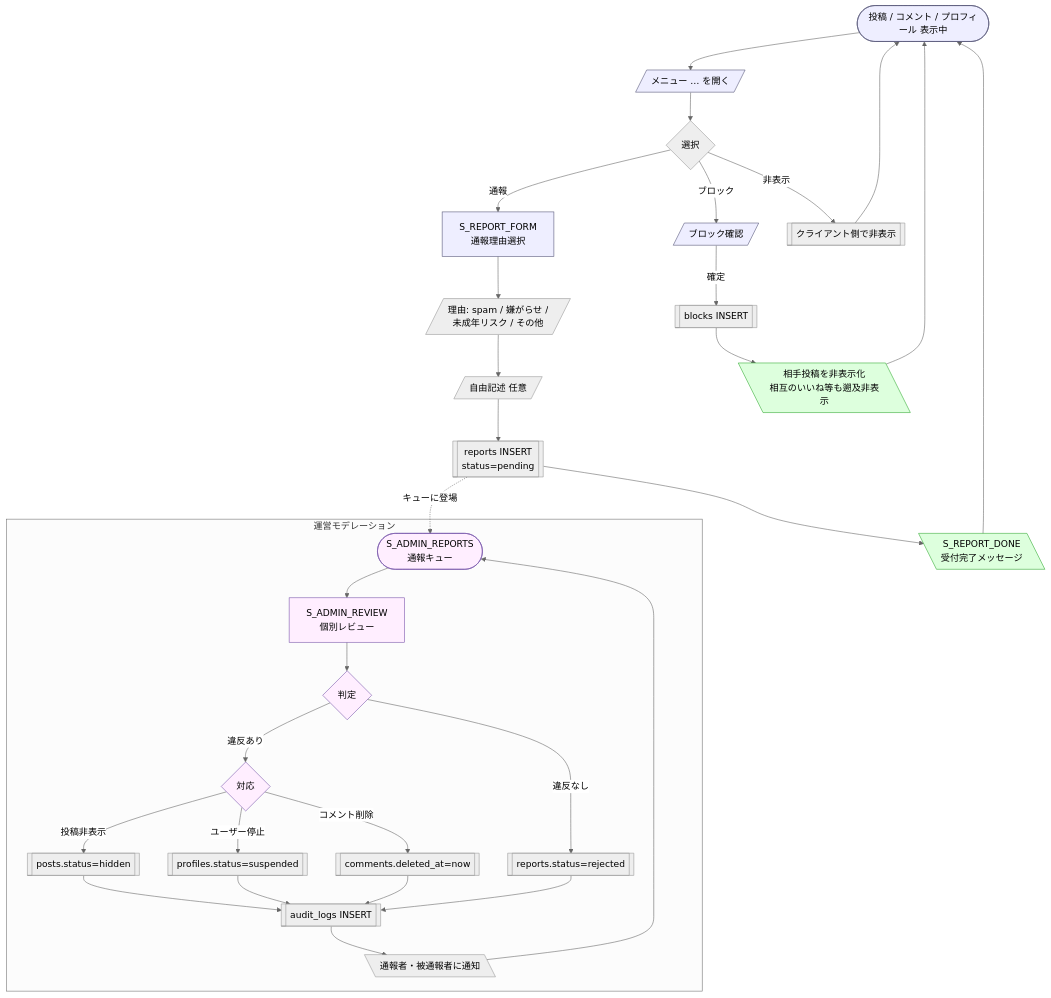
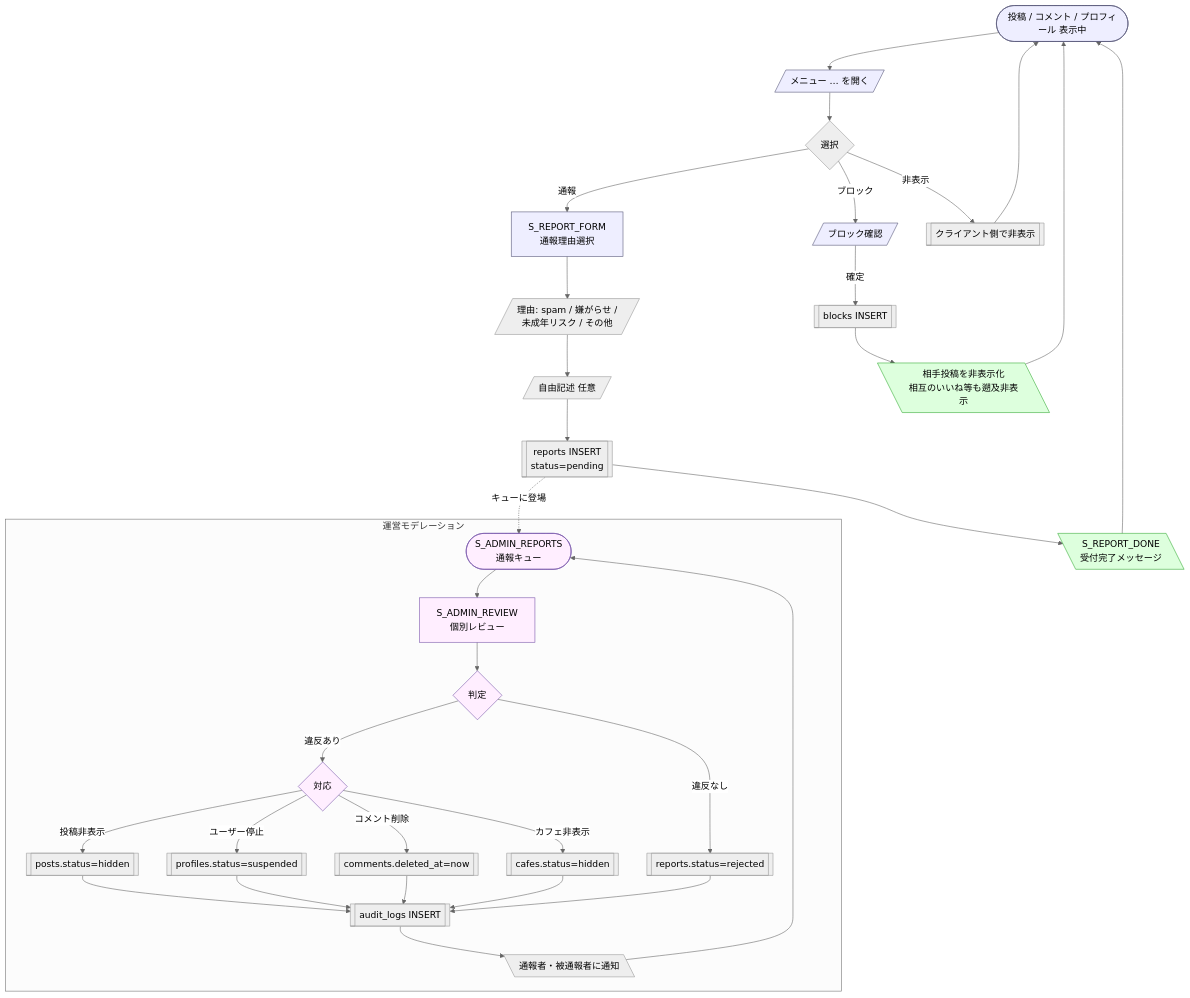
One commit to Matsushima-A-830/cafe_sns_site changed the fifth of 6 diagrams in docs/design/screen-flow.md. Above: the diagram before and after it, drawn with Mermaid (neutral theme). The commit also changed 6 other files, not shown here.

````diff
--- a/docs/design/screen-flow.md
+++ b/docs/design/screen-flow.md
@@ -265,47 +265,49 @@
 ```mermaid
 flowchart TD
     Detail([投稿 / コメント / プロフィール 表示中]) --> Menu[/メニュー … を開く/]
     Menu --> Choice{選択}
 
     Choice -->|通報| ReportForm[S_REPORT_FORM<br/>通報理由選択]
     Choice -->|ブロック| BlockConfirm[/ブロック確認/]
     Choice -->|非表示| Hide[[クライアント側で非表示]]
 
     ReportForm --> Reason[/理由: spam / 嫌がらせ /<br/>未成年リスク / その他/]
     Reason --> Desc[/自由記述 任意/]
     Desc --> ReportSubmit[[reports INSERT<br/>status=pending]]
     ReportSubmit --> ReportDone[\S_REPORT_DONE<br/>受付完了メッセージ\]
 
     BlockConfirm -->|確定| BlockInsert[[blocks INSERT]]
     BlockInsert --> BlockDone[\相手投稿を非表示化<br/>相互のいいね等も遡及非表示\]
 
     ReportDone --> Detail
     BlockDone --> Detail
     Hide --> Detail
 
     subgraph 運営側 [運営モデレーション]
         Queue([S_ADMIN_REPORTS<br/>通報キュー])
         Queue --> Review[S_ADMIN_REVIEW<br/>個別レビュー]
         Review --> Decision{判定}
         Decision -->|違反あり| ActionSelect{対応}
         ActionSelect -->|投稿非表示| HidePost[[posts.status=hidden]]
         ActionSelect -->|ユーザー停止| Suspend[[profiles.status=suspended]]
         ActionSelect -->|コメント削除| DelCom[[comments.deleted_at=now]]
+        ActionSelect -->|カフェ非表示| HideCafe[[cafes.status=hidden]]
         Decision -->|違反なし| Reject[[reports.status=rejected]]
         HidePost --> LogAudit[[audit_logs INSERT]]
         Suspend --> LogAudit
         DelCom --> LogAudit
+        HideCafe --> LogAudit
         Reject --> LogAudit
         LogAudit --> ResolvedNotify[\通報者・被通報者に通知\]
         ResolvedNotify --> Queue
     end
 
     ReportSubmit -.->|キューに登場| Queue
 
     classDef user fill:#eef,stroke:#557
     classDef admin fill:#fef,stroke:#75a
     classDef success fill:#dfd,stroke:#3a3
     class Detail,Menu,ReportForm,BlockConfirm user
     class Queue,Review,Decision,ActionSelect admin
     class ReportDone,BlockDone success
 ```
````
